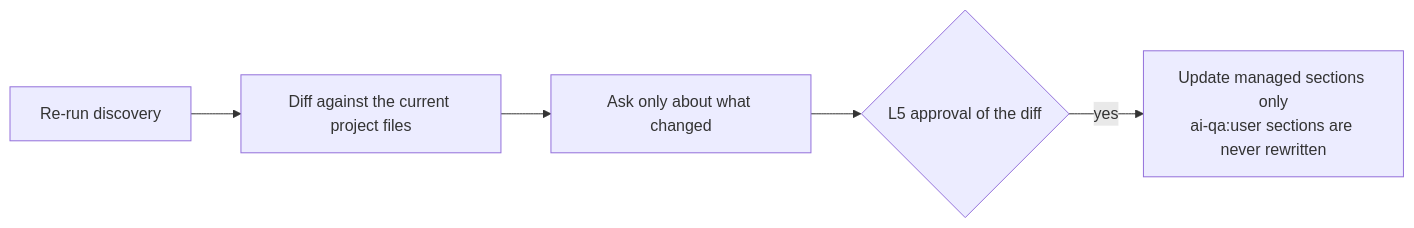
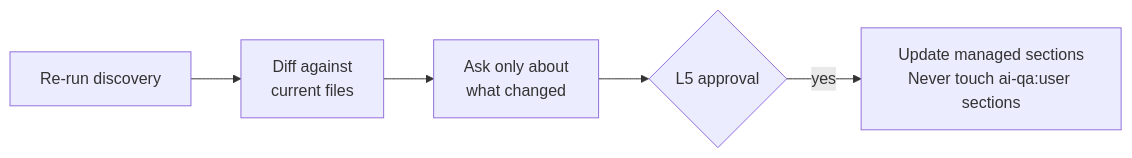
Before and after one commit to bmad-kainos/ai-qa: the third of 3 diagrams in docs/flows/02-configure.md, drawn with Mermaid. The commit also changed other lines of this file and 3 other files, not shown here.

Commit message:
docs: fix install flow chart and split flow diagrams for readability

````diff
--- a/docs/flows/02-configure.md
+++ b/docs/flows/02-configure.md
@@ -25,7 +57,7 @@
 ```mermaid
 flowchart LR
-  R1[Re-run discovery] --> R2[Diff against the current project files]
-  R2 --> R3[Ask only about what changed]
-  R3 --> R4{L5 approval of the diff}
-  R4 -- yes --> R5[Update managed sections only<br/>ai-qa:user sections are never rewritten]
+  R1["Re-run discovery"] --> R2["Diff against<br/>current files"]
+  R2 --> R3["Ask only about<br/>what changed"]
+  R3 --> R4{"L5 approval"}
+  R4 -->|yes| R5["Update managed sections<br/>Never touch ai-qa:user sections"]
 ```
````
